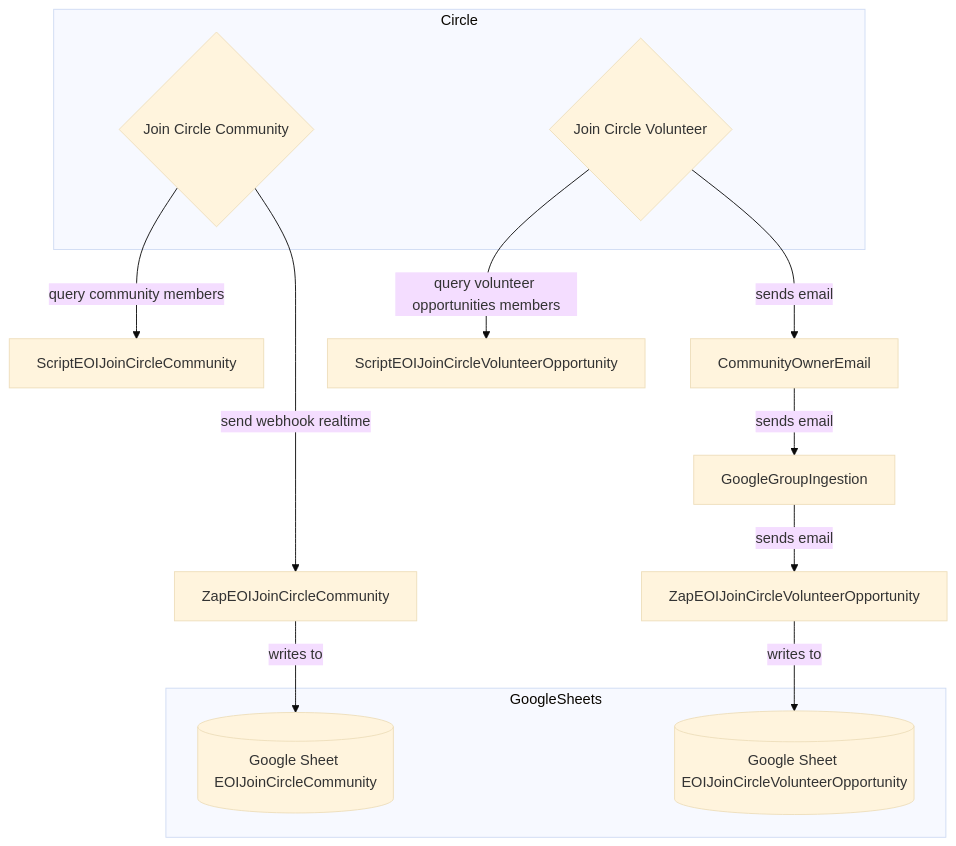
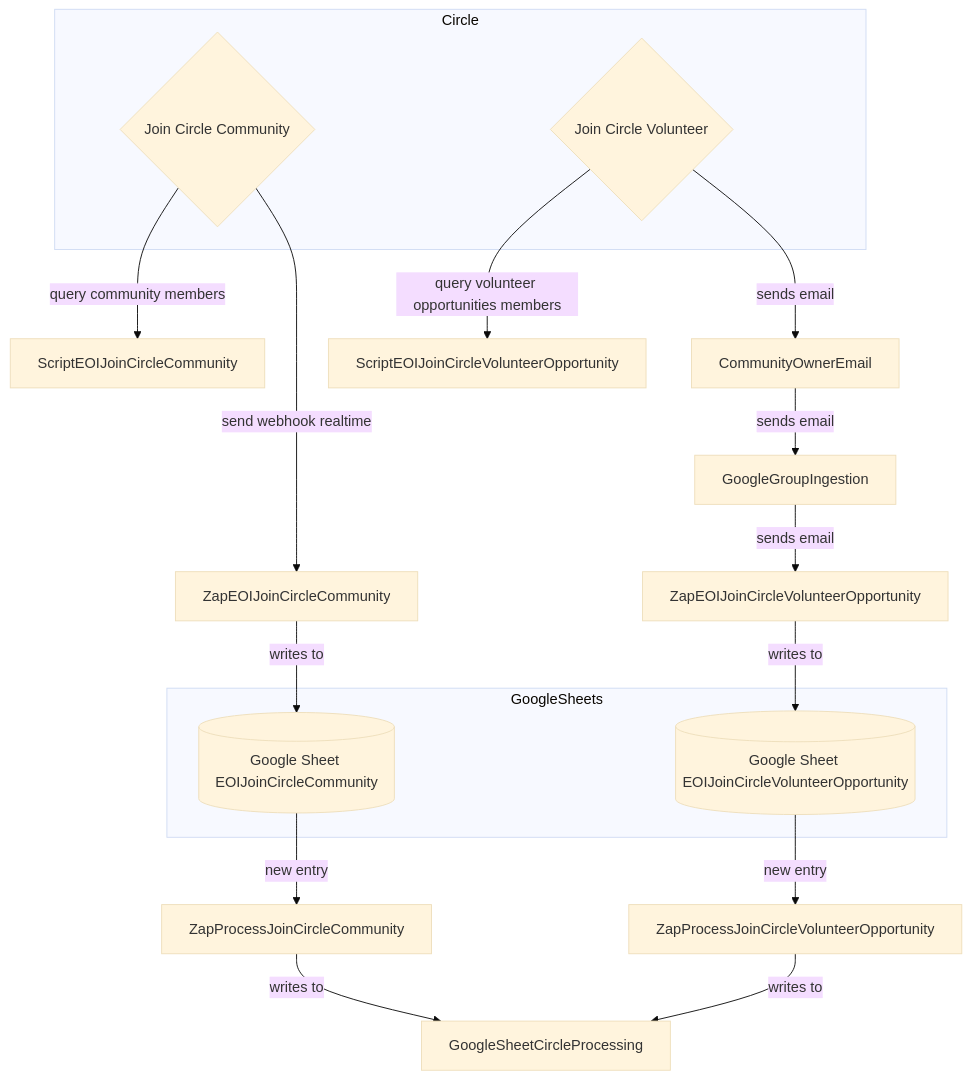
One commit to CloudSecurityAlliance/CSA-IT-Operations changed the diagram in projects/WG-automation/WG-Automation-4.md. Above: the diagram before and after it, drawn with Mermaid (base theme).

````diff
--- a/projects/WG-automation/WG-Automation-4.md
+++ b/projects/WG-automation/WG-Automation-4.md
@@ -1,31 +1,37 @@
 ```mermaid
 graph TD;
 
 %% CIRCLE SIDE
 %% Verified email, user initiates action
 subgraph Circle
 joinCircleCommunity{Join Circle Community}
 joinCircleVolunteer{Join Circle Volunteer}
 end
 
 joinCircleCommunity-->|send webhook realtime|ZapEOIJoinCircleCommunity
 
 joinCircleCommunity-->|query community members|ScriptEOIJoinCircleCommunity
 
 joinCircleVolunteer-->|sends email|CommunityOwnerEmail
 CommunityOwnerEmail-->|sends email|GoogleGroupIngestion
 GoogleGroupIngestion-->|sends email|ZapEOIJoinCircleVolunteerOpportunity
 
 joinCircleVolunteer-->|query volunteer opportunities members|ScriptEOIJoinCircleVolunteerOpportunity
 
 
 ZapEOIJoinCircleCommunity-->|writes to|GoogleSheetEOIJoinCircleCommunity
 
 ZapEOIJoinCircleVolunteerOpportunity-->|writes to|GoogleSheetEOIJoinCircleVolunteerOpportunity
 
 subgraph GoogleSheets
 GoogleSheetEOIJoinCircleCommunity[(Google Sheet EOIJoinCircleCommunity)]
 GoogleSheetEOIJoinCircleVolunteerOpportunity[(Google Sheet EOIJoinCircleVolunteerOpportunity)]
 end
 
+GoogleSheetEOIJoinCircleCommunity-->|new entry|ZapProcessJoinCircleCommunity
+GoogleSheetEOIJoinCircleVolunteerOpportunity-->|new entry|ZapProcessJoinCircleVolunteerOpportunity
+
+ZapProcessJoinCircleCommunity-->|writes to|GoogleSheetCircleProcessing
+ZapProcessJoinCircleVolunteerOpportunity-->|writes to|GoogleSheetCircleProcessing
+
 ```
````
